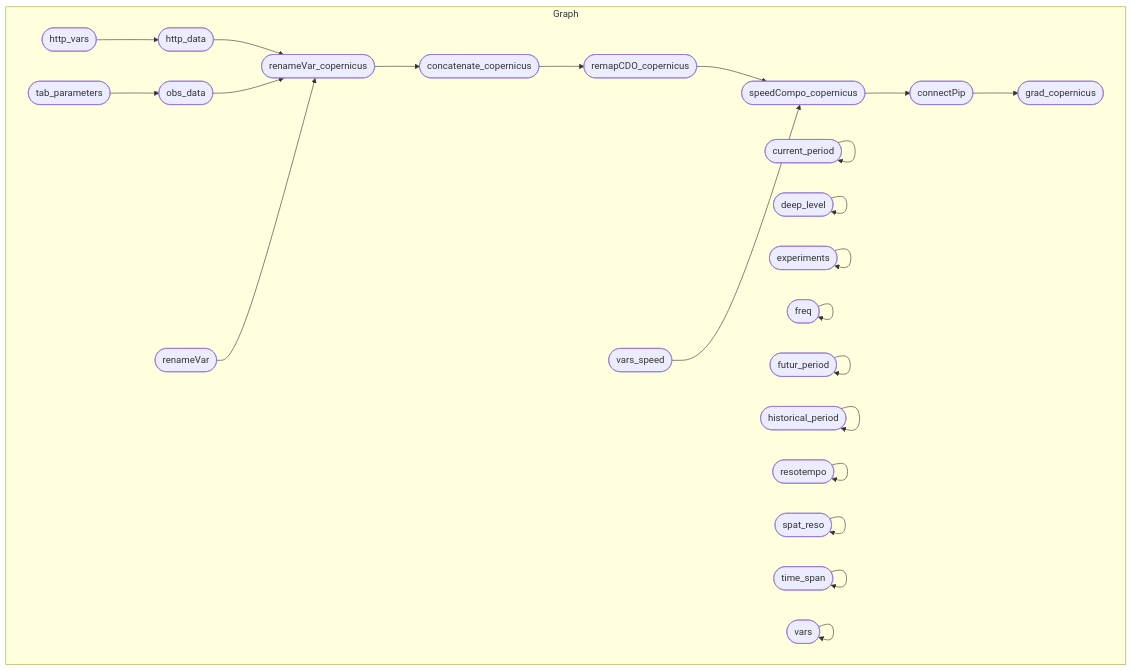
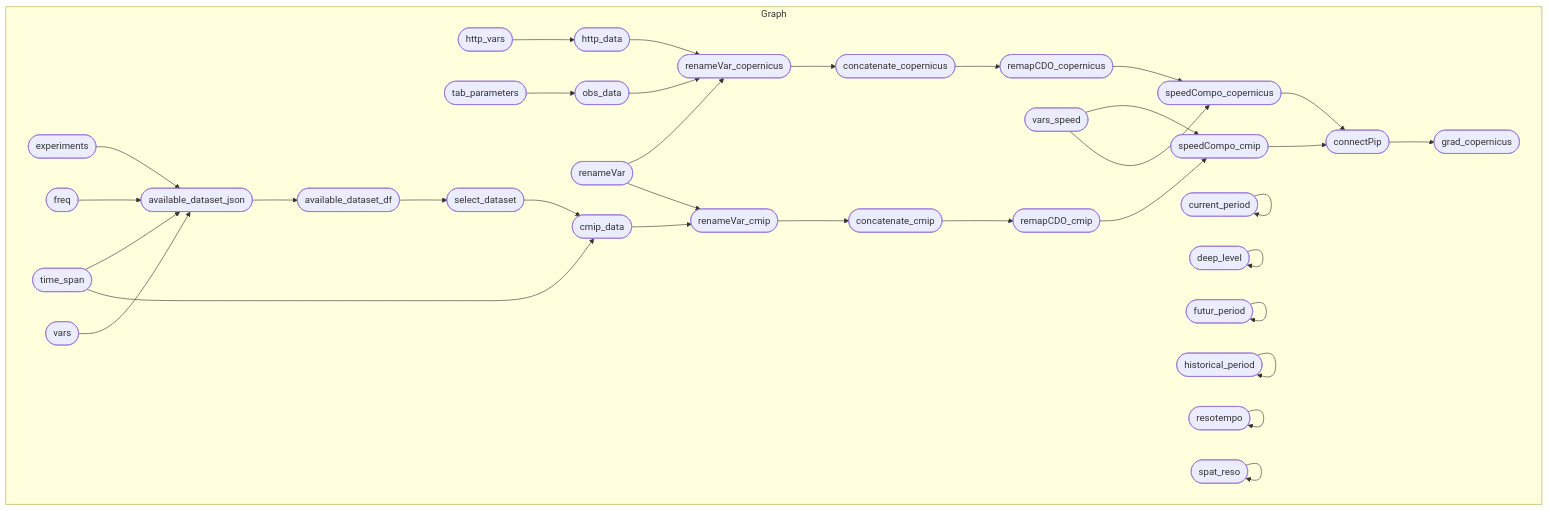
Before and after one commit to r-fernandezz/downshape: the diagram in README.md, drawn with Mermaid. The commit also changed other lines of this file and 1 other file, not shown here.

````diff
--- a/README.md
+++ b/README.md
@@ -22,27 +22,38 @@
 ``` mermaid
 graph LR
   subgraph Graph
     direction LR
-    xfc6ed28680e5db72(["speedCompo_copernicus"]):::outdated --> xcdaf411f7aa1a87d(["connectPip"]):::outdated
-    xcdaf411f7aa1a87d(["connectPip"]):::outdated --> x37179b61a203cbd3(["grad_copernicus"]):::outdated
+    x71e926299248ce3f(["http_vars"]):::uptodate --> x35b468daf9281b76(["http_data"]):::uptodate
+    xf4b49e2ba07661b1(["remapCDO_cmip"]):::outdated --> xe5de19f3be59da20(["speedCompo_cmip"]):::outdated
+    xca459201a27e8460(["vars_speed"]):::uptodate --> xe5de19f3be59da20(["speedCompo_cmip"]):::outdated
     x35b468daf9281b76(["http_data"]):::uptodate --> xe44467b2b079fc18(["renameVar_copernicus"]):::outdated
     xd7bca5ba4e5f539d(["obs_data"]):::outdated --> xe44467b2b079fc18(["renameVar_copernicus"]):::outdated
     xd15c82dcb79a7c2e(["renameVar"]):::uptodate --> xe44467b2b079fc18(["renameVar_copernicus"]):::outdated
-    x9289bfb53112cf3b(["concatenate_copernicus"]):::outdated --> xec6283d15a25ed08(["remapCDO_copernicus"]):::outdated
-    xec6283d15a25ed08(["remapCDO_copernicus"]):::outdated --> xfc6ed28680e5db72(["speedCompo_copernicus"]):::outdated
+    x6fcf9b0e7fc429ff(["available_dataset_json"]):::outdated --> xe895740a9b7896f7(["available_dataset_df"]):::outdated
+    xe5de19f3be59da20(["speedCompo_cmip"]):::outdated --> xcdaf411f7aa1a87d(["connectPip"]):::outdated
+    xfc6ed28680e5db72(["speedCompo_copernicus"]):::outdated --> xcdaf411f7aa1a87d(["connectPip"]):::outdated
+    xd8e5f2013a341013(["cmip_data"]):::outdated --> x0262297569c18022(["renameVar_cmip"]):::outdated
+    xd15c82dcb79a7c2e(["renameVar"]):::uptodate --> x0262297569c18022(["renameVar_cmip"]):::outdated
+    x4301c707c2ab0cdc(["tab_parameters"]):::uptodate --> xd7bca5ba4e5f539d(["obs_data"]):::outdated
+    xe44467b2b079fc18(["renameVar_copernicus"]):::outdated --> x9289bfb53112cf3b(["concatenate_copernicus"]):::outdated
+    x0262297569c18022(["renameVar_cmip"]):::outdated --> x4fe875b2492d0106(["concatenate_cmip"]):::outdated
+    xe895740a9b7896f7(["available_dataset_df"]):::outdated --> x3f5ab24ee8d242b4(["select_dataset"]):::outdated
+    xac02e5e58926353b(["experiments"]):::uptodate --> x6fcf9b0e7fc429ff(["available_dataset_json"]):::outdated
+    x906e78a8df9f52cb(["freq"]):::uptodate --> x6fcf9b0e7fc429ff(["available_dataset_json"]):::outdated
+    x2c0118dd07b06ac8(["time_span"]):::uptodate --> x6fcf9b0e7fc429ff(["available_dataset_json"]):::outdated
+    x8f15ec77b8dbd81a(["vars"]):::uptodate --> x6fcf9b0e7fc429ff(["available_dataset_json"]):::outdated
+    xcdaf411f7aa1a87d(["connectPip"]):::outdated --> x37179b61a203cbd3(["grad_copernicus"]):::outdated
+    x3f5ab24ee8d242b4(["select_dataset"]):::outdated --> xd8e5f2013a341013(["cmip_data"]):::outdated
+    x2c0118dd07b06ac8(["time_span"]):::uptodate --> xd8e5f2013a341013(["cmip_data"]):::outdated
+    xec6283d15a25ed08(["remapCDO_copernicus"]):::started --> xfc6ed28680e5db72(["speedCompo_copernicus"]):::outdated
     xca459201a27e8460(["vars_speed"]):::uptodate --> xfc6ed28680e5db72(["speedCompo_copernicus"]):::outdated
-    xe44467b2b079fc18(["renameVar_copernicus"]):::outdated --> x9289bfb53112cf3b(["concatenate_copernicus"]):::outdated
-    x4301c707c2ab0cdc(["tab_parameters"]):::uptodate --> xd7bca5ba4e5f539d(["obs_data"]):::outdated
-    x71e926299248ce3f(["http_vars"]):::uptodate --> x35b468daf9281b76(["http_data"]):::uptodate
+    x9289bfb53112cf3b(["concatenate_copernicus"]):::outdated --> xec6283d15a25ed08(["remapCDO_copernicus"]):::started
+    x4fe875b2492d0106(["concatenate_cmip"]):::outdated --> xf4b49e2ba07661b1(["remapCDO_cmip"]):::outdated
     x084994fb0e480676(["current_period"]):::uptodate --> x084994fb0e480676(["current_period"]):::uptodate
     x625f066a5f205ec8(["deep_level"]):::uptodate --> x625f066a5f205ec8(["deep_level"]):::uptodate
-    xac02e5e58926353b(["experiments"]):::uptodate --> xac02e5e58926353b(["experiments"]):::uptodate
-    x906e78a8df9f52cb(["freq"]):::uptodate --> x906e78a8df9f52cb(["freq"]):::uptodate
     xbce5cad1cf7e7103(["futur_period"]):::uptodate --> xbce5cad1cf7e7103(["futur_period"]):::uptodate
     x57dd1d5e854c11b6(["historical_period"]):::uptodate --> x57dd1d5e854c11b6(["historical_period"]):::uptodate
     x55a14a7f5821bbec(["resotempo"]):::uptodate --> x55a14a7f5821bbec(["resotempo"]):::uptodate
     xe73cbbcc20086ecd(["spat_reso"]):::uptodate --> xe73cbbcc20086ecd(["spat_reso"]):::uptodate
-    x2c0118dd07b06ac8(["time_span"]):::uptodate --> x2c0118dd07b06ac8(["time_span"]):::uptodate
-    x8f15ec77b8dbd81a(["vars"]):::uptodate --> x8f15ec77b8dbd81a(["vars"]):::uptodate
   end
 ```
````
